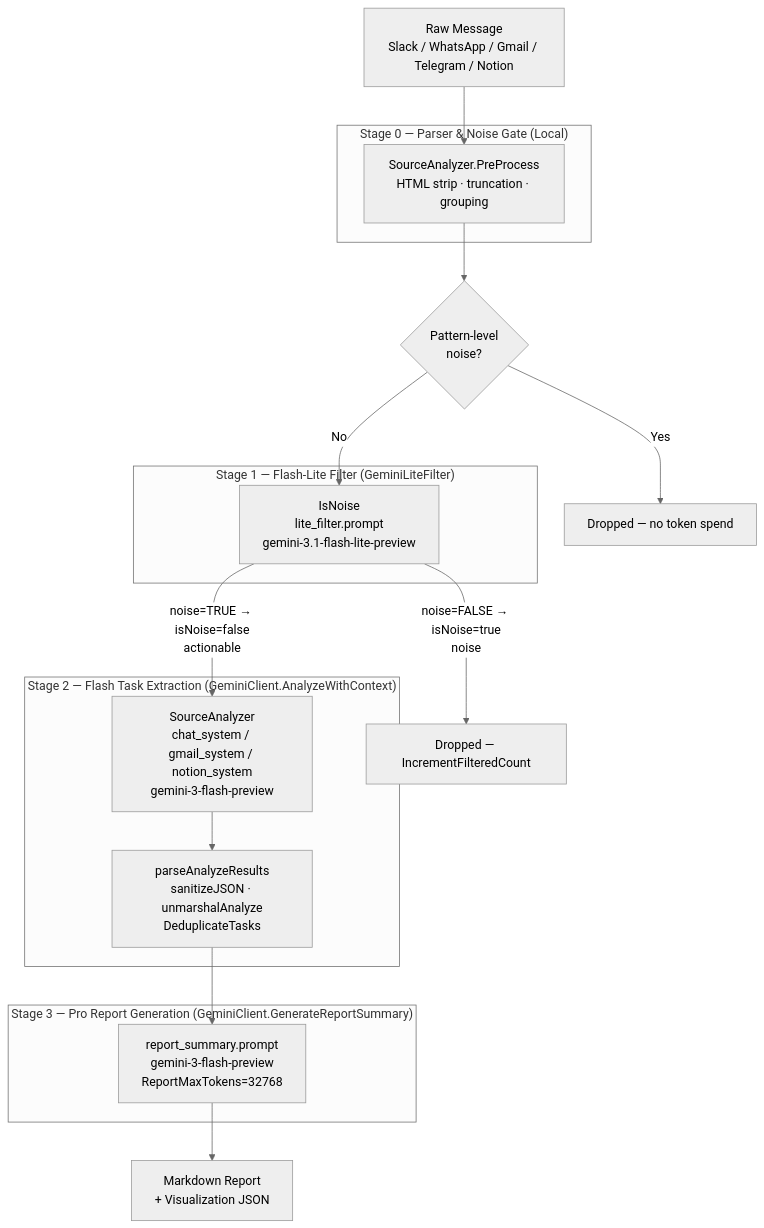
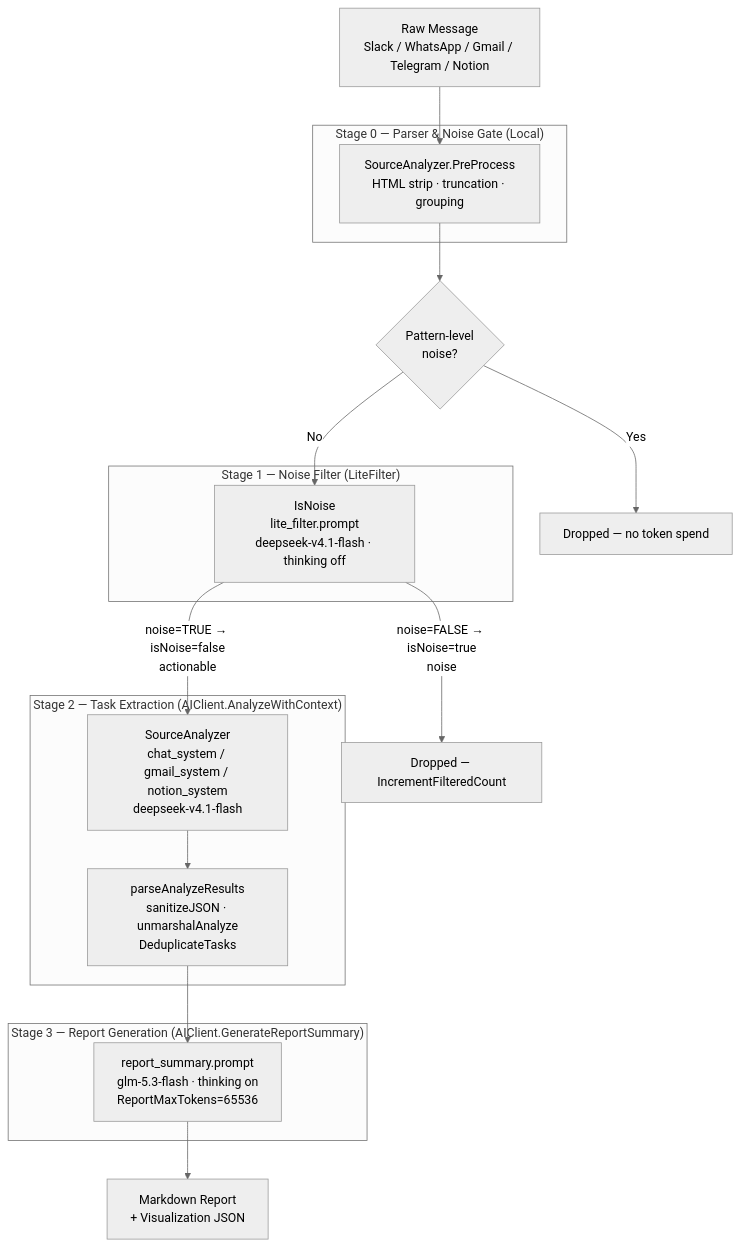
Before and after one commit to JaejinSong/message-consolidator: the diagram in docs/comprehensive/07-ai-filter-pipeline.md, drawn with Mermaid (neutral theme). The commit also changed other lines of this file and 21 other files, not shown here.

````diff
--- a/docs/comprehensive/07-ai-filter-pipeline.md
+++ b/docs/comprehensive/07-ai-filter-pipeline.md
@@ -11,32 +11,32 @@
 ```mermaid
 graph TD
     A[Raw Message<br/>Slack / WhatsApp / Gmail / Telegram / Notion] --> B
 
     subgraph Stage0["Stage 0 — Parser & Noise Gate (Local)"]
         B[SourceAnalyzer.PreProcess<br/>HTML strip · truncation · grouping]
     end
 
     B --> C{Pattern-level<br/>noise?}
     C -- Yes --> Z1[Dropped — no token spend]
     C -- No --> D
 
-    subgraph Stage1["Stage 1 — Flash-Lite Filter (GeminiLiteFilter)"]
-        D[IsNoise<br/>lite_filter.prompt<br/>gemini-3.1-flash-lite-preview]
+    subgraph Stage1["Stage 1 — Noise Filter (LiteFilter)"]
+        D[IsNoise<br/>lite_filter.prompt<br/>deepseek-v4.1-flash · thinking off]
     end
 
     D -- noise=TRUE → isNoise=false<br/>actionable --> E
     D -- noise=FALSE → isNoise=true<br/>noise --> Z2[Dropped — IncrementFilteredCount]
 
-    subgraph Stage2["Stage 2 — Flash Task Extraction (GeminiClient.AnalyzeWithContext)"]
-        E[SourceAnalyzer<br/>chat_system / gmail_system / notion_system<br/>gemini-3-flash-preview]
+    subgraph Stage2["Stage 2 — Task Extraction (AIClient.AnalyzeWithContext)"]
+        E[SourceAnalyzer<br/>chat_system / gmail_system / notion_system<br/>deepseek-v4.1-flash]
         E --> F[parseAnalyzeResults<br/>sanitizeJSON · unmarshalAnalyze<br/>DeduplicateTasks]
     end
 
     F --> G
 
-    subgraph Stage3["Stage 3 — Pro Report Generation (GeminiClient.GenerateReportSummary)"]
-        G[report_summary.prompt<br/>gemini-3-flash-preview<br/>ReportMaxTokens=32768]
+    subgraph Stage3["Stage 3 — Report Generation (AIClient.GenerateReportSummary)"]
+        G[report_summary.prompt<br/>glm-5.3-flash · thinking on<br/>ReportMaxTokens=65536]
     end
 
     G --> H[Markdown Report<br/>+ Visualization JSON]
 ```
````
